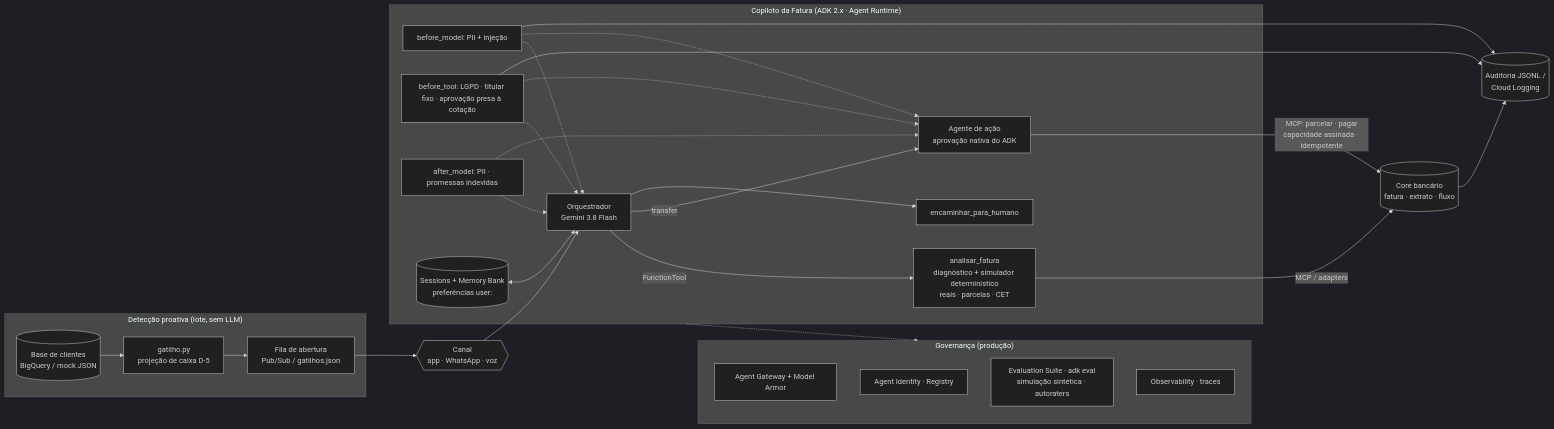
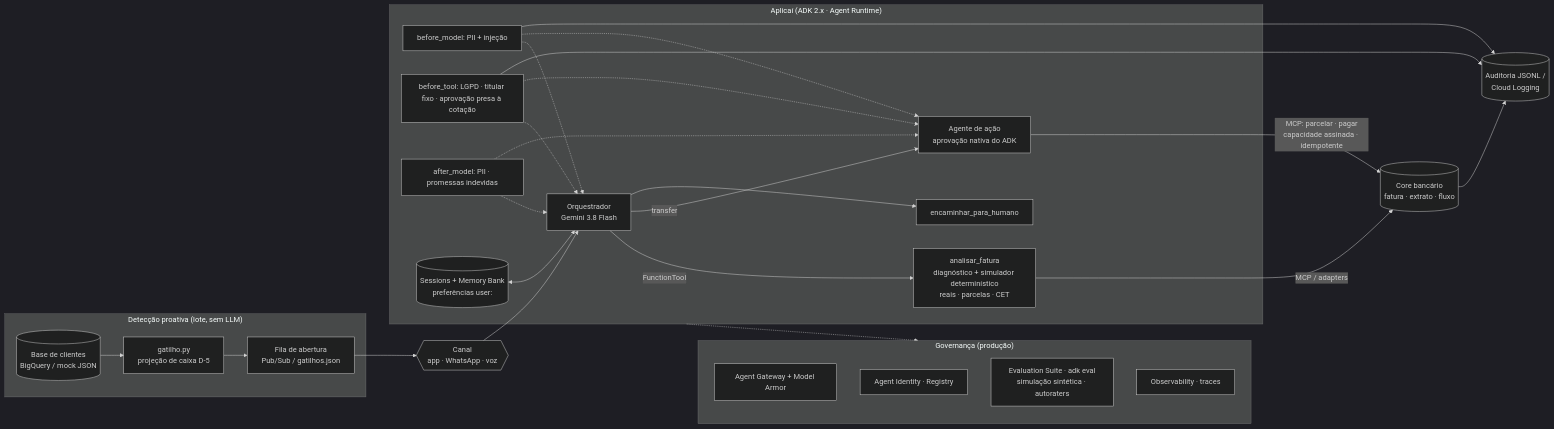
One commit to lucianoon/aplicai changed the diagram in docs/arquitetura.md. Above: the diagram before and after it, drawn with Mermaid (dark theme). The commit also changed other lines of this file and 23 other files, not shown here.

````diff
--- a/docs/arquitetura.md
+++ b/docs/arquitetura.md
@@ -3,38 +3,38 @@
 ```mermaid
 flowchart LR
     subgraph Proativo["Detecção proativa (lote, sem LLM)"]
         B[(Base de clientes<br/>BigQuery / mock JSON)] --> G[gatilho.py<br/>projeção de caixa D-5]
         G --> F[Fila de abertura<br/>Pub/Sub / gatilhos.json]
     end
 
     F --> C{{Canal<br/>app · WhatsApp · voz}}
     C --> O
 
-    subgraph Agente["Copiloto da Fatura (ADK 2.x · Agent Runtime)"]
+    subgraph Agente["Aplicaí (ADK 2.x · Agent Runtime)"]
         O[Orquestrador<br/>Gemini 3.8 Flash]
         O -->|FunctionTool| A[analisar_fatura<br/>diagnóstico + simulador determinístico<br/>reais · parcelas · CET]
         O -->|transfer| X[Agente de ação<br/>aprovação nativa do ADK]
         O --> H[encaminhar_para_humano]
         GR1[before_model: PII + injeção] -.-> O
         GR1 -.-> X
         GR2[before_tool: LGPD · titular fixo · aprovação presa à cotação] -.-> O
         GR2 -.-> X
         GR3[after_model: PII · promessas indevidas] -.-> O
         GR3 -.-> X
         M[(Sessions + Memory Bank<br/>preferências user:)] <--> O
     end
 
     A -->|MCP / adapters| CORE[(Core bancário<br/>fatura · extrato · fluxo)]
     X -->|MCP: parcelar · pagar<br/>capacidade assinada · idempotente| CORE
     CORE --> AUD[(Auditoria JSONL /<br/>Cloud Logging)]
     GR1 --> AUD
     GR2 --> AUD
 
     subgraph Gov["Governança (produção)"]
         GW[Agent Gateway + Model Armor]
         ID[Agent Identity · Registry]
         EV[Evaluation Suite · adk eval<br/>simulação sintética · autoraters]
         OBS[Observability · traces]
     end
     Agente -.-> Gov
 ```
````
